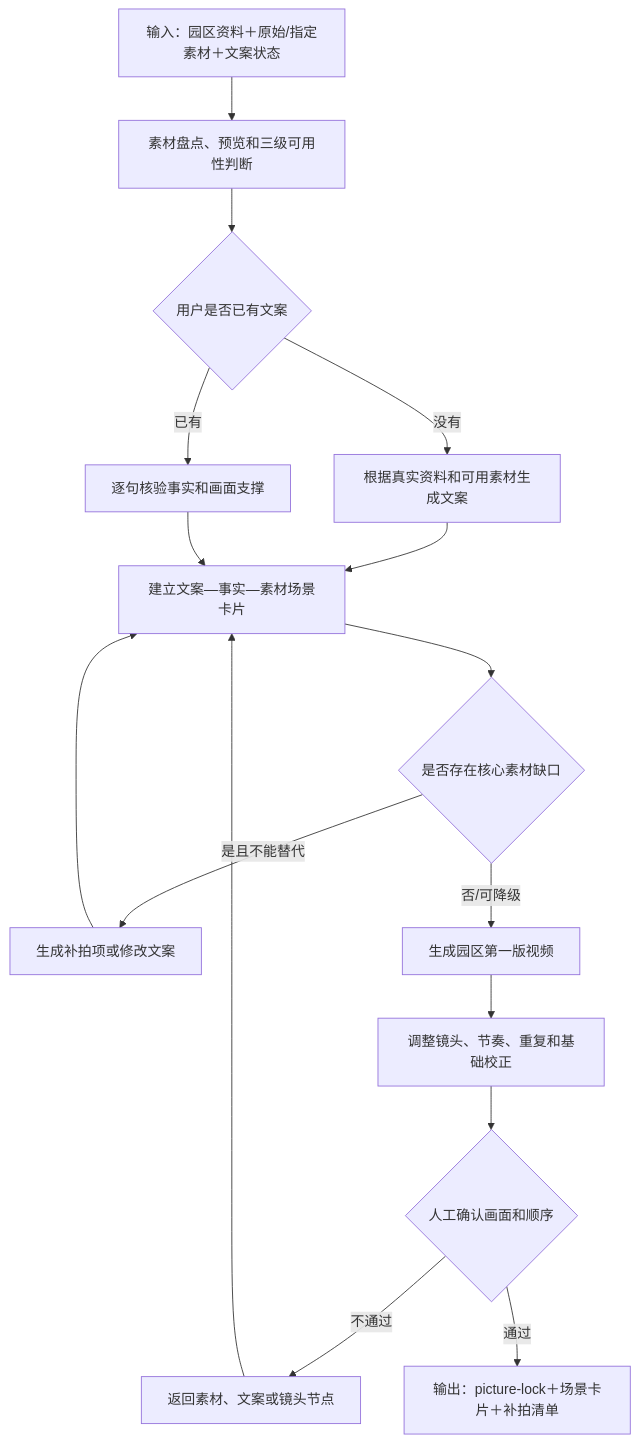
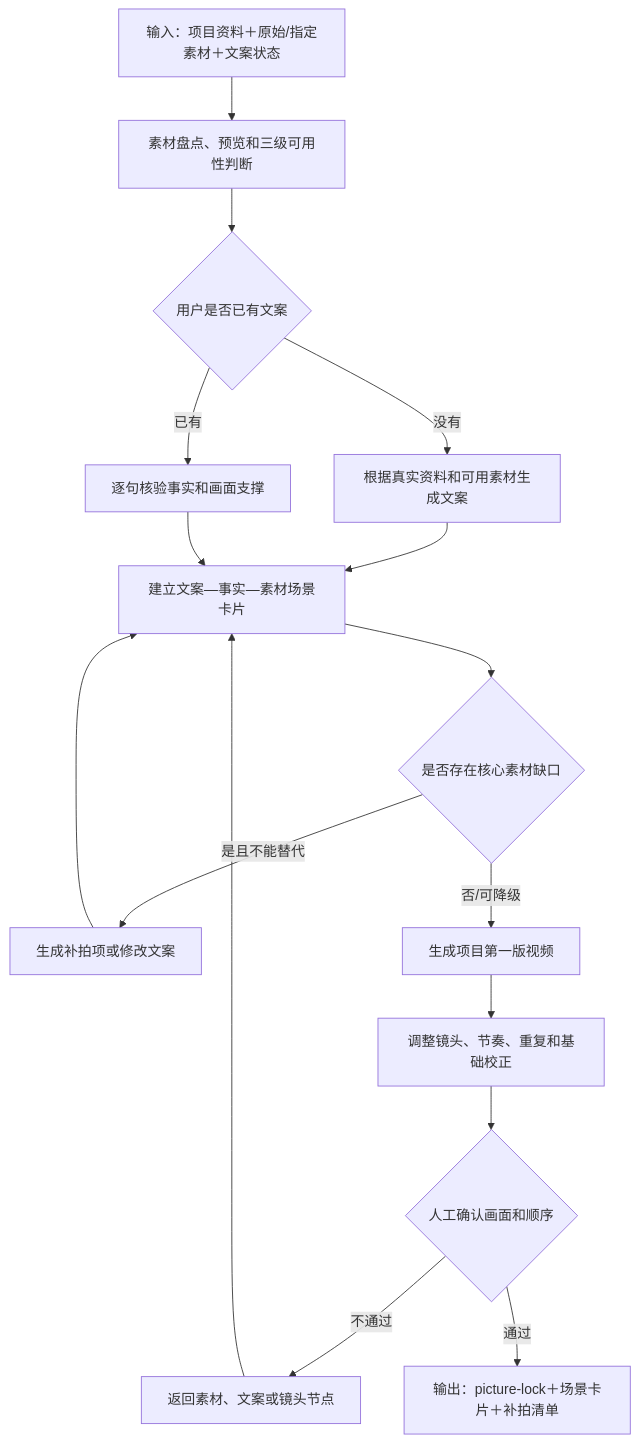
One commit to kcs060073-ui/suojian changed the diagram in cutroom/docs/superpowers/specs/2026-08-13-park-video-subworkflow-design.md. Above: the diagram before and after it, drawn with Mermaid. The commit also changed other lines of this file and 217 other files, not shown here.

````diff
--- a/cutroom/docs/superpowers/specs/2026-08-13-park-video-subworkflow-design.md
+++ b/cutroom/docs/superpowers/specs/2026-08-13-park-video-subworkflow-design.md
@@ -29,18 +29,18 @@
 ```mermaid
 flowchart TD
-    A["输入：园区资料＋原始/指定素材＋文案状态"] --> B["素材盘点、预览和三级可用性判断"]
+    A["输入：项目资料＋原始/指定素材＋文案状态"] --> B["素材盘点、预览和三级可用性判断"]
     B --> C{"用户是否已有文案"}
     C -->|没有| D["根据真实资料和可用素材生成文案"]
     C -->|已有| E["逐句核验事实和画面支撑"]
     D --> F["建立文案—事实—素材场景卡片"]
     E --> F
     F --> G{"是否存在核心素材缺口"}
     G -->|是且不能替代| H["生成补拍项或修改文案"]
     H --> F
-    G -->|否/可降级| I["生成园区第一版视频"]
+    G -->|否/可降级| I["生成项目第一版视频"]
     I --> J["调整镜头、节奏、重复和基础校正"]
     J --> K{"人工确认画面和顺序"}
     K -->|不通过| L["返回素材、文案或镜头节点"]
     L --> F
     K -->|通过| M["输出：picture-lock＋场景卡片＋补拍清单"]
 ```
````
